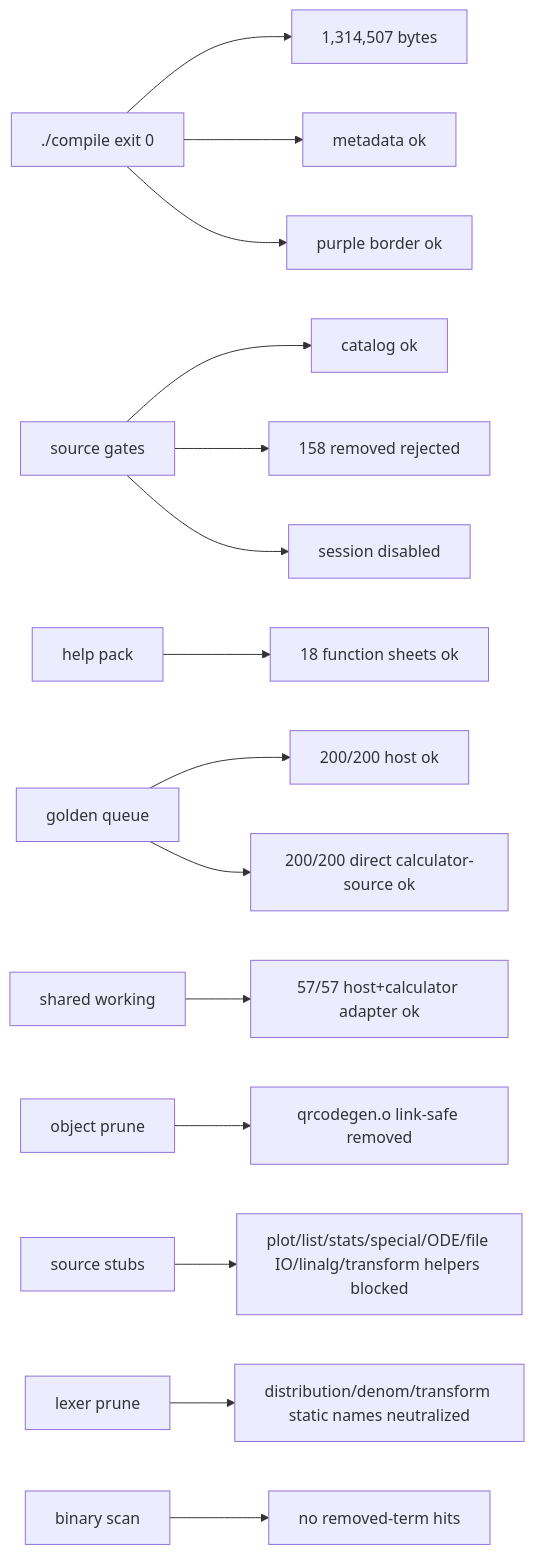
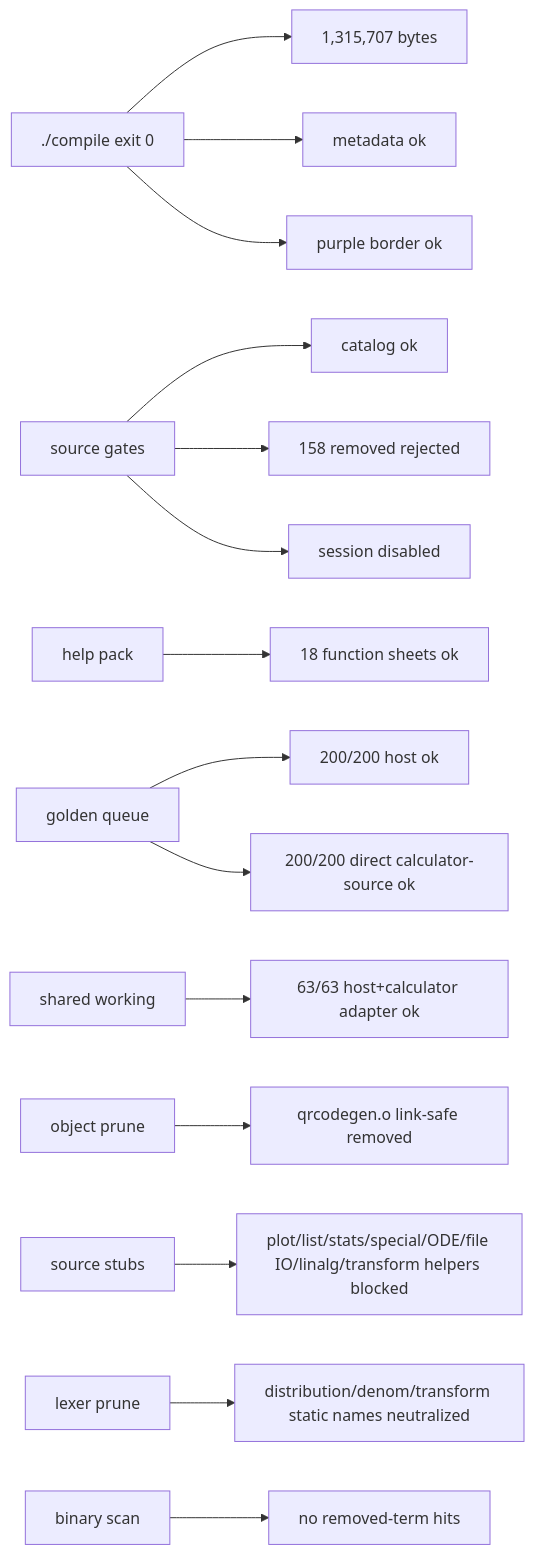
One commit to james8464/notes-addin-casio-fx-cg50 changed the seventh of 7 diagrams in docs/GRAPH.md. Above: the diagram before and after it, drawn with Mermaid. The commit also changed other lines of this file and 3 other files, not shown here.

````diff
--- a/docs/GRAPH.md
+++ b/docs/GRAPH.md
@@ -136,17 +137,17 @@
 ```mermaid
 graph LR
-  Build["./compile exit 0"] --> Size["1,314,507 bytes"]
+  Build["./compile exit 0"] --> Size["1,315,707 bytes"]
   Build --> Meta["metadata ok"]
   Build --> Border["purple border ok"]
   Source["source gates"] --> Catalog["catalog ok"]
   Source --> Removed["158 removed rejected"]
   Source --> Session["session disabled"]
   Help["help pack"] --> HelpQ["18 function sheets ok"]
   Queue["golden queue"] --> QueueRun["200/200 host ok"]
   Queue --> GoldenRun["200/200 direct calculator-source ok"]
-  Shared["shared working"] --> SharedRun["57/57 host+calculator adapter ok"]
+  Shared["shared working"] --> SharedRun["63/63 host+calculator adapter ok"]
   Obj["object prune"] --> QR["qrcodegen.o link-safe removed"]
   Macro["source stubs"] --> Stubbed["plot/list/stats/special/ODE/file IO/linalg/transform helpers blocked"]
   Static["lexer prune"] --> StaticRun["distribution/denom/transform static names neutralized"]
   Bin["binary scan"] --> NoLeak["no removed-term hits"]
 ```
````
